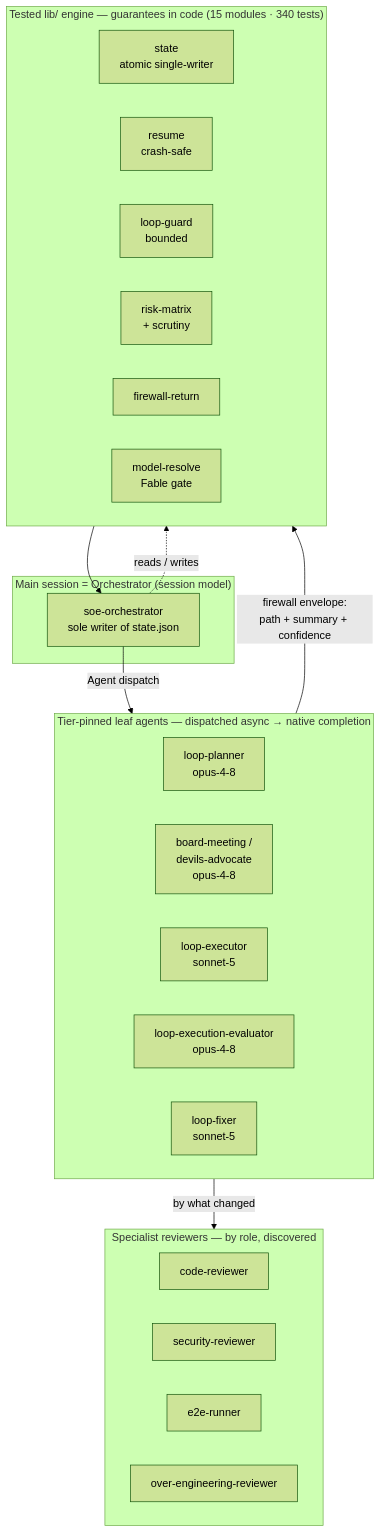
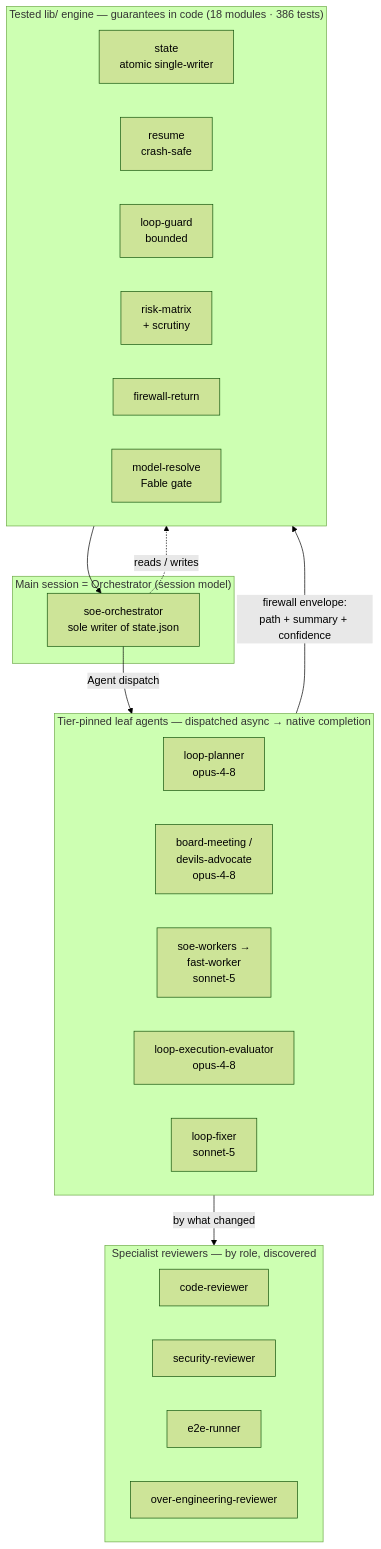
The second of 2 diagrams in README.md (FaisalAlqarni/SOE), drawn with Mermaid (forest theme) before and after one commit. The commit also changed other lines of this file and 23 other files, not shown here.

Commit message:
Enhance README.md to reflect updated project features and architecture. Update skill and module counts, and introduce detailed descriptions of the Evaluate-Loop and Board of Directors components. Improve clarity on session model orchestration and agent dispatching processes.

````diff
--- a/README.md
+++ b/README.md
@@ -154,39 +154,39 @@
 ```mermaid
 flowchart TB
     subgraph MAIN["Main session = Orchestrator (session model)"]
         ORCH["soe-orchestrator<br/>sole writer of state.json"]
     end
 
     subgraph LEAF["Tier-pinned leaf agents — dispatched async → native completion"]
         direction LR
         PLN["loop-planner<br/>opus-4-8"]
         BRD["board-meeting /<br/>devils-advocate<br/>opus-4-8"]
-        EXE["loop-executor<br/>sonnet-5"]
+        EXE["soe-workers →<br/>fast-worker<br/>sonnet-5"]
         EVL["loop-execution-evaluator<br/>opus-4-8"]
         FXR2["loop-fixer<br/>sonnet-5"]
     end
 
     subgraph REV["Specialist reviewers — by role, discovered"]
         direction LR
         CR["code-reviewer"]
         SR["security-reviewer"]
         E2E["e2e-runner"]
         OE["over-engineering-reviewer"]
     end
 
-    subgraph ENGINE["Tested lib/ engine — guarantees in code (15 modules · 340 tests)"]
+    subgraph ENGINE["Tested lib/ engine — guarantees in code (18 modules · 386 tests)"]
         direction LR
         ST["state<br/>atomic single-writer"]
         RS["resume<br/>crash-safe"]
         LG["loop-guard<br/>bounded"]
         RM["risk-matrix<br/>+ scrutiny"]
         FW["firewall-return"]
         MR["model-resolve<br/>Fable gate"]
     end
 
     ORCH -->|"Agent dispatch"| LEAF
     EVL -->|"by what changed"| REV
     LEAF -->|"firewall envelope:<br/>path + summary + confidence"| FW
     FW --> ORCH
     ORCH -.->|"reads / writes"| ENGINE
 ```
````
